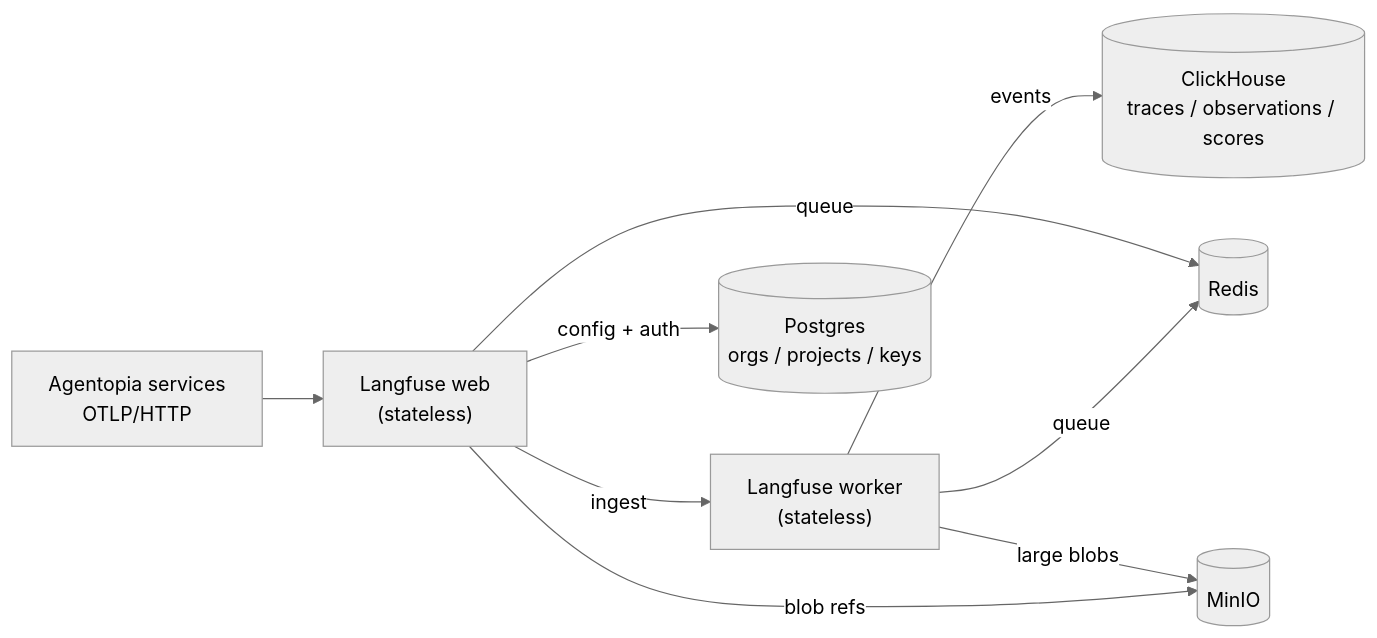
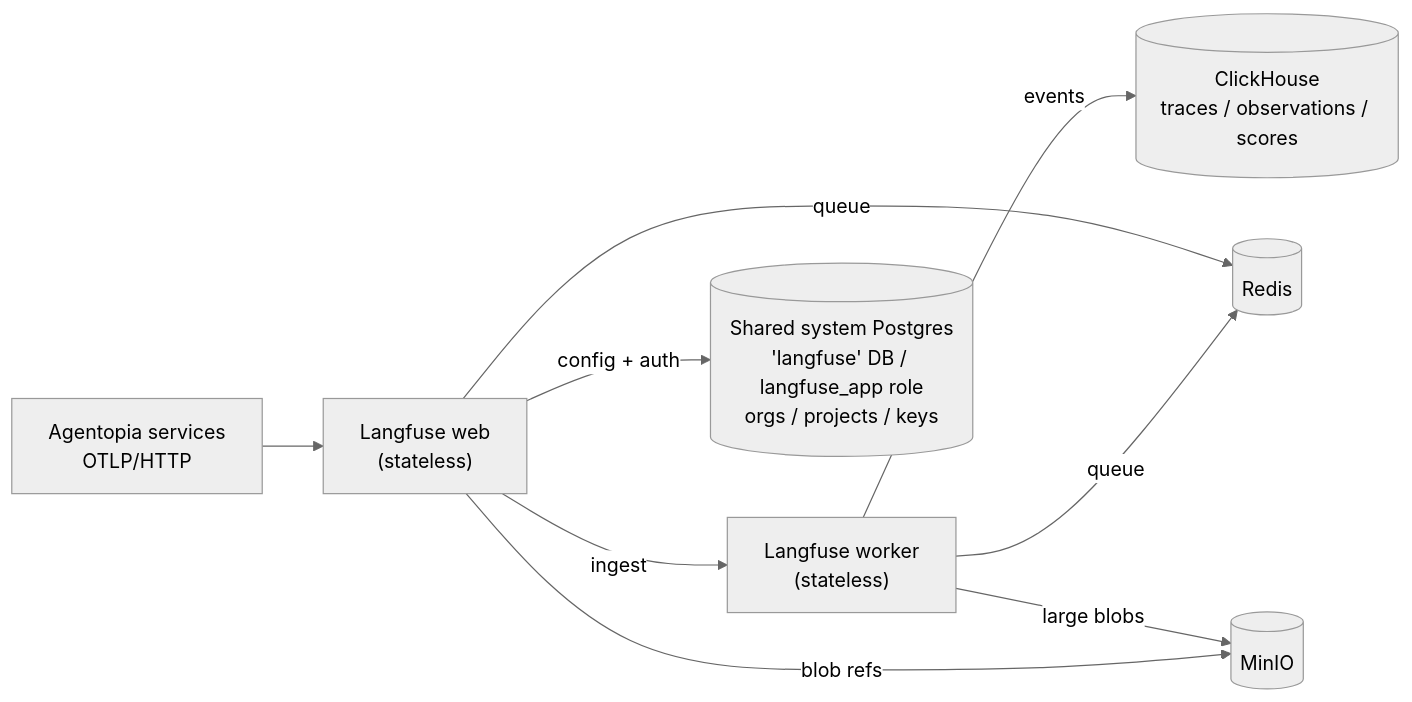
One commit to ai-agentopia/docs changed the second of 2 diagrams in architecture/harness-control/h3-observability-production-design.md. Above: the diagram before and after it, drawn with Mermaid (neutral theme). The commit also changed other lines of this file, not shown here.

First line of the commit message:
fix(h3-obs): Postgres is external shared system, not Langfuse subchart

````diff
--- a/architecture/harness-control/h3-observability-production-design.md
+++ b/architecture/harness-control/h3-observability-production-design.md
@@ -185,11 +186,11 @@
 ```mermaid
 flowchart LR
     CLIENT["Agentopia services\nOTLP/HTTP"] --> WEB["Langfuse web\n(stateless)"]
     WEB -->|ingest| WORKER["Langfuse worker\n(stateless)"]
     WORKER -->|events| CH[("ClickHouse\ntraces / observations / scores")]
-    WEB -->|config + auth| PG[("Postgres\norgs / projects / keys")]
+    WEB -->|config + auth| PG[("Shared system Postgres\n'langfuse' DB / langfuse_app role\norgs / projects / keys")]
     WEB -->|queue| RD[("Redis")]
     WORKER -->|queue| RD
     WORKER -->|large blobs| S3[("MinIO")]
     WEB -->|blob refs| S3
 ```
````
